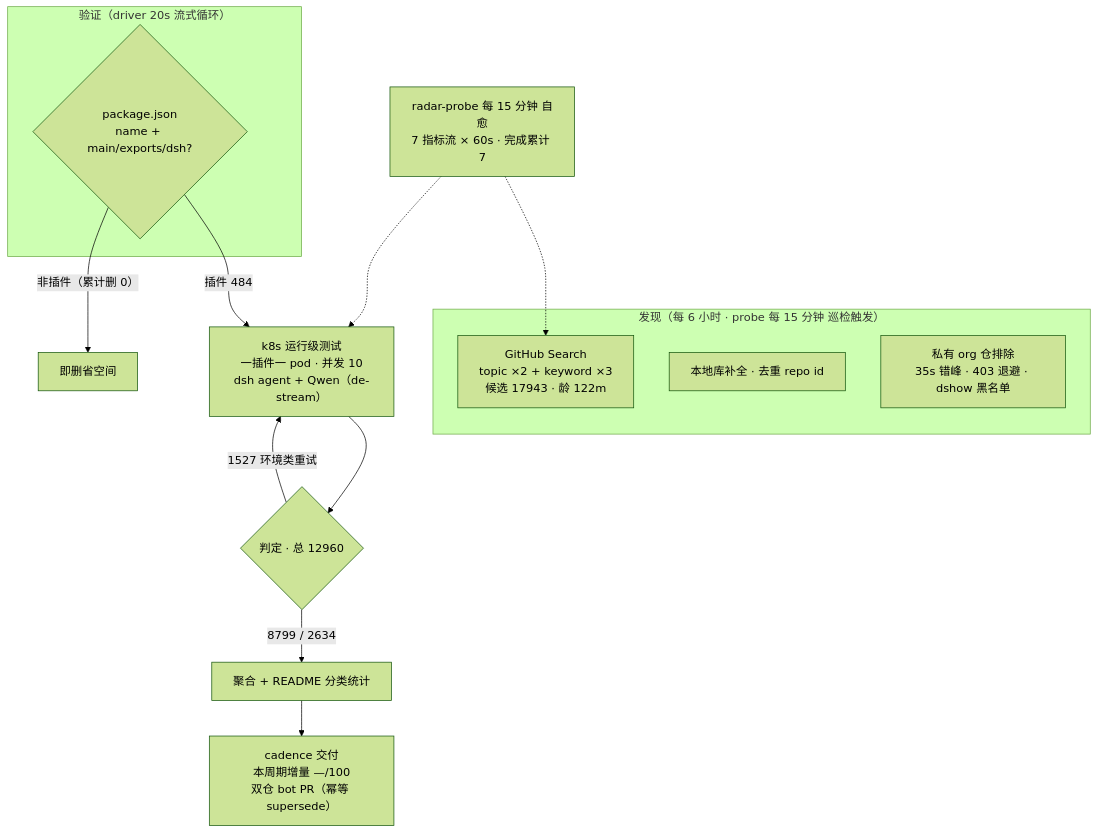
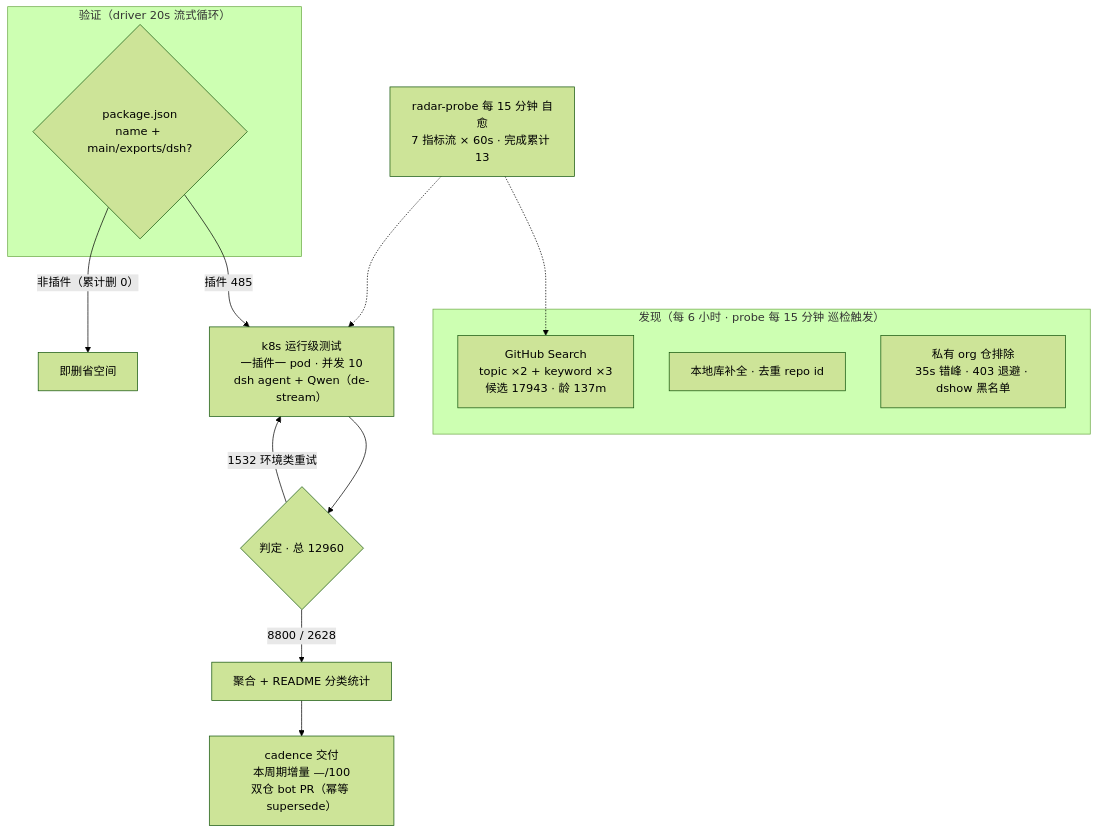
Before and after one commit to AdamPlatin123/awesome-dsh-plugins: the diagram in README.md, drawn with Mermaid (forest theme). The commit also changed other lines of this file and 5 other files, not shown here.

````diff
--- a/README.md
+++ b/README.md
@@ -52,20 +52,20 @@
 ```mermaid
 flowchart TB
     subgraph Discovery["发现（每 6 小时 · probe 每 15 分钟 巡检触发）"]
-        A1["GitHub Search<br/>topic ×2 + keyword ×3<br/>候选 17943 · 龄 122m"]
+        A1["GitHub Search<br/>topic ×2 + keyword ×3<br/>候选 17943 · 龄 137m"]
         A2["本地库补全 · 去重 repo id"]
         A3["私有 org 仓排除<br/>35s 错峰 · 403 退避 · dshow 黑名单"]
     end
     subgraph Validation["验证（driver 20s 流式循环）"]
         B1{"package.json<br/>name + main/exports/dsh?"}
     end
-    B1 -->|"插件 484"| C1["k8s 运行级测试<br/>一插件一 pod · 并发 10<br/>dsh agent + Qwen（de-stream）"]
+    B1 -->|"插件 485"| C1["k8s 运行级测试<br/>一插件一 pod · 并发 10<br/>dsh agent + Qwen（de-stream）"]
     B1 -->|"非插件（累计删 0）"| B3["即删省空间"]
     C1 --> D1{"判定 · 总 12960"}
-    D1 -->|"8799 / 2634"| E1["聚合 + README 分类统计"]
-    D1 -->|"1527 环境类重试"| C1
+    D1 -->|"8800 / 2628"| E1["聚合 + README 分类统计"]
+    D1 -->|"1532 环境类重试"| C1
     E1 --> E2["cadence 交付<br/>本周期增量 —/100<br/>双仓 bot PR（幂等 supersede）"]
-    M["radar-probe 每 15 分钟 自愈<br/>7 指标流 × 60s · 完成累计 7"]
+    M["radar-probe 每 15 分钟 自愈<br/>7 指标流 × 60s · 完成累计 13"]
     M -.-> A1
     M -.-> C1
 ```
````
